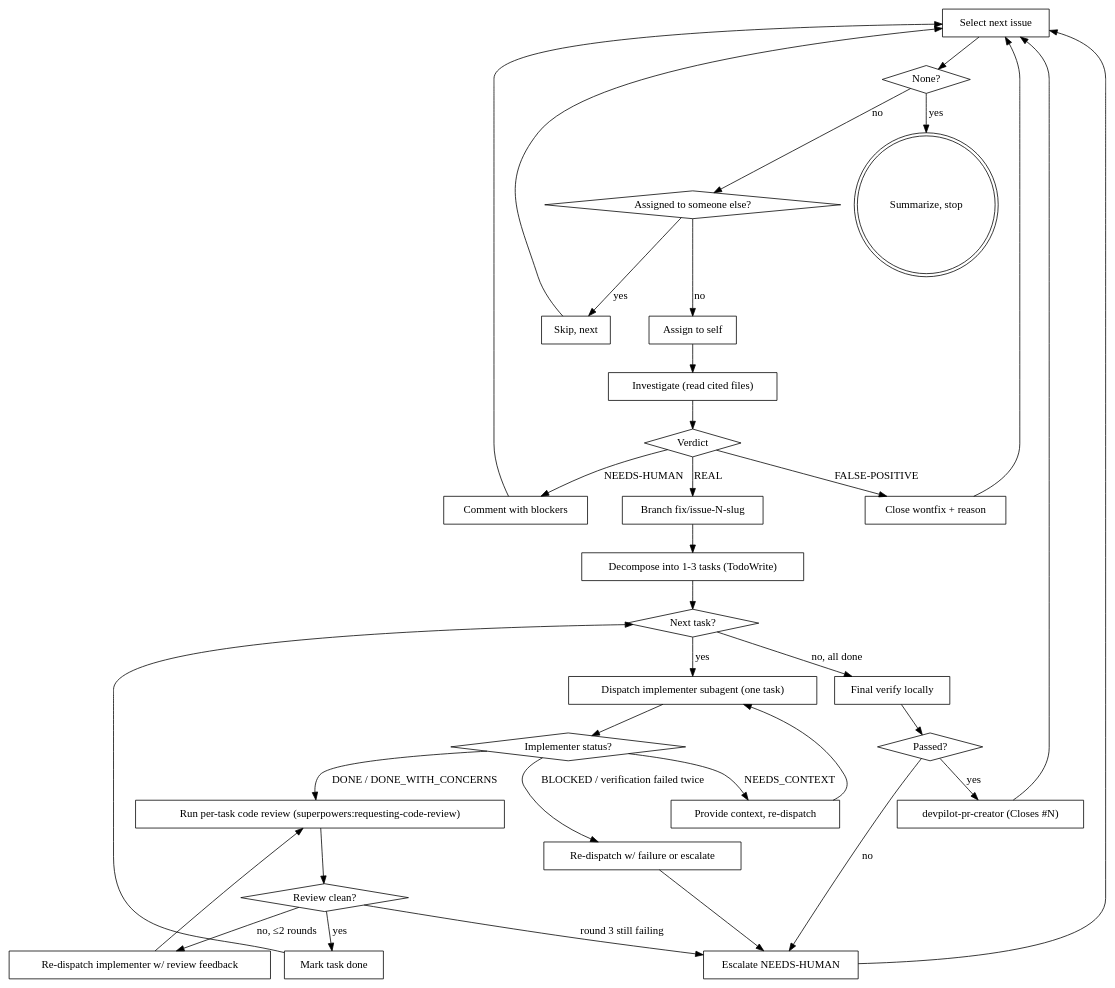
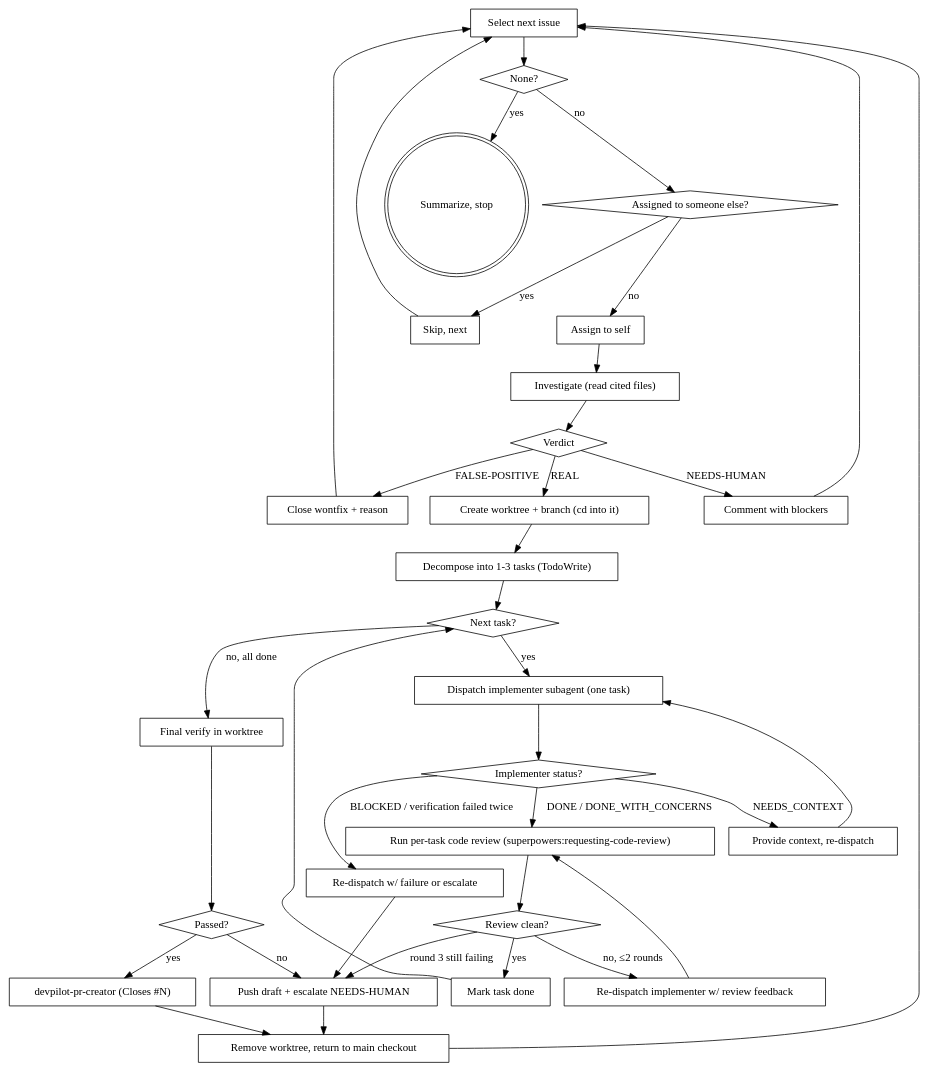
Before and after one commit to SiyuQian/devpilot: the diagram in skills/devpilot-resolve-issues/SKILL.md, drawn with Graphviz. The commit also changed other lines of this file and 4 other files, not shown here.

First line of the commit message:
feat(skills): require per-issue git worktree in resolve-issues (#91)

````diff
--- a/skills/devpilot-resolve-issues/SKILL.md
+++ b/skills/devpilot-resolve-issues/SKILL.md
@@ -36,64 +39,66 @@
 ```dot
 digraph resolve_loop {
   "Select next issue" [shape=box];
   "None?" [shape=diamond];
   "Summarize, stop" [shape=doublecircle];
   "Assigned to someone else?" [shape=diamond];
   "Skip, next" [shape=box];
   "Assign to self" [shape=box];
   "Investigate (read cited files)" [shape=box];
   "Verdict" [shape=diamond];
   "Close wontfix + reason" [shape=box];
   "Comment with blockers" [shape=box];
-  "Branch fix/issue-N-slug" [shape=box];
+  "Create worktree + branch (cd into it)" [shape=box];
   "Decompose into 1-3 tasks (TodoWrite)" [shape=box];
   "Next task?" [shape=diamond];
   "Dispatch implementer subagent (one task)" [shape=box];
   "Implementer status?" [shape=diamond];
   "Provide context, re-dispatch" [shape=box];
   "Re-dispatch w/ failure or escalate" [shape=box];
   "Run per-task code review (superpowers:requesting-code-review)" [shape=box];
   "Review clean?" [shape=diamond];
   "Re-dispatch implementer w/ review feedback" [shape=box];
   "Mark task done" [shape=box];
-  "Final verify locally" [shape=box];
+  "Final verify in worktree" [shape=box];
   "Passed?" [shape=diamond];
-  "Escalate NEEDS-HUMAN" [shape=box];
+  "Push draft + escalate NEEDS-HUMAN" [shape=box];
   "devpilot-pr-creator (Closes #N)" [shape=box];
+  "Remove worktree, return to main checkout" [shape=box];
 
   "Select next issue" -> "None?";
   "None?" -> "Summarize, stop" [label="yes"];
   "None?" -> "Assigned to someone else?" [label="no"];
   "Assigned to someone else?" -> "Skip, next" [label="yes"];
   "Skip, next" -> "Select next issue";
   "Assigned to someone else?" -> "Assign to self" [label="no"];
   "Assign to self" -> "Investigate (read cited files)";
   "Investigate (read cited files)" -> "Verdict";
   "Verdict" -> "Close wontfix + reason" [label="FALSE-POSITIVE"];
   "Close wontfix + reason" -> "Select next issue";
   "Verdict" -> "Comment with blockers" [label="NEEDS-HUMAN"];
   "Comment with blockers" -> "Select next issue";
-  "Verdict" -> "Branch fix/issue-N-slug" [label="REAL"];
-  "Branch fix/issue-N-slug" -> "Decompose into 1-3 tasks (TodoWrite)";
+  "Verdict" -> "Create worktree + branch (cd into it)" [label="REAL"];
+  "Create worktree + branch (cd into it)" -> "Decompose into 1-3 tasks (TodoWrite)";
   "Decompose into 1-3 tasks (TodoWrite)" -> "Next task?";
   "Next task?" -> "Dispatch implementer subagent (one task)" [label="yes"];
   "Dispatch implementer subagent (one task)" -> "Implementer status?";
   "Implementer status?" -> "Provide context, re-dispatch" [label="NEEDS_CONTEXT"];
   "Provide context, re-dispatch" -> "Dispatch implementer subagent (one task)";
   "Implementer status?" -> "Re-dispatch w/ failure or escalate" [label="BLOCKED / verification failed twice"];
-  "Re-dispatch w/ failure or escalate" -> "Escalate NEEDS-HUMAN";
+  "Re-dispatch w/ failure or escalate" -> "Push draft + escalate NEEDS-HUMAN";
   "Implementer status?" -> "Run per-task code review (superpowers:requesting-code-review)" [label="DONE / DONE_WITH_CONCERNS"];
   "Run per-task code review (superpowers:requesting-code-review)" -> "Review clean?";
   "Review clean?" -> "Re-dispatch implementer w/ review feedback" [label="no, ≤2 rounds"];
   "Re-dispatch implementer w/ review feedback" -> "Run per-task code review (superpowers:requesting-code-review)";
-  "Review clean?" -> "Escalate NEEDS-HUMAN" [label="round 3 still failing"];
+  "Review clean?" -> "Push draft + escalate NEEDS-HUMAN" [label="round 3 still failing"];
   "Review clean?" -> "Mark task done" [label="yes"];
   "Mark task done" -> "Next task?";
-  "Next task?" -> "Final verify locally" [label="no, all done"];
-  "Final verify locally" -> "Passed?";
+  "Next task?" -> "Final verify in worktree" [label="no, all done"];
+  "Final verify in worktree" -> "Passed?";
   "Passed?" -> "devpilot-pr-creator (Closes #N)" [label="yes"];
-  "Passed?" -> "Escalate NEEDS-HUMAN" [label="no"];
-  "Escalate NEEDS-HUMAN" -> "Select next issue";
-  "devpilot-pr-creator (Closes #N)" -> "Select next issue";
+  "Passed?" -> "Push draft + escalate NEEDS-HUMAN" [label="no"];
+  "Push draft + escalate NEEDS-HUMAN" -> "Remove worktree, return to main checkout";
+  "devpilot-pr-creator (Closes #N)" -> "Remove worktree, return to main checkout";
+  "Remove worktree, return to main checkout" -> "Select next issue";
 }
 ```
````
